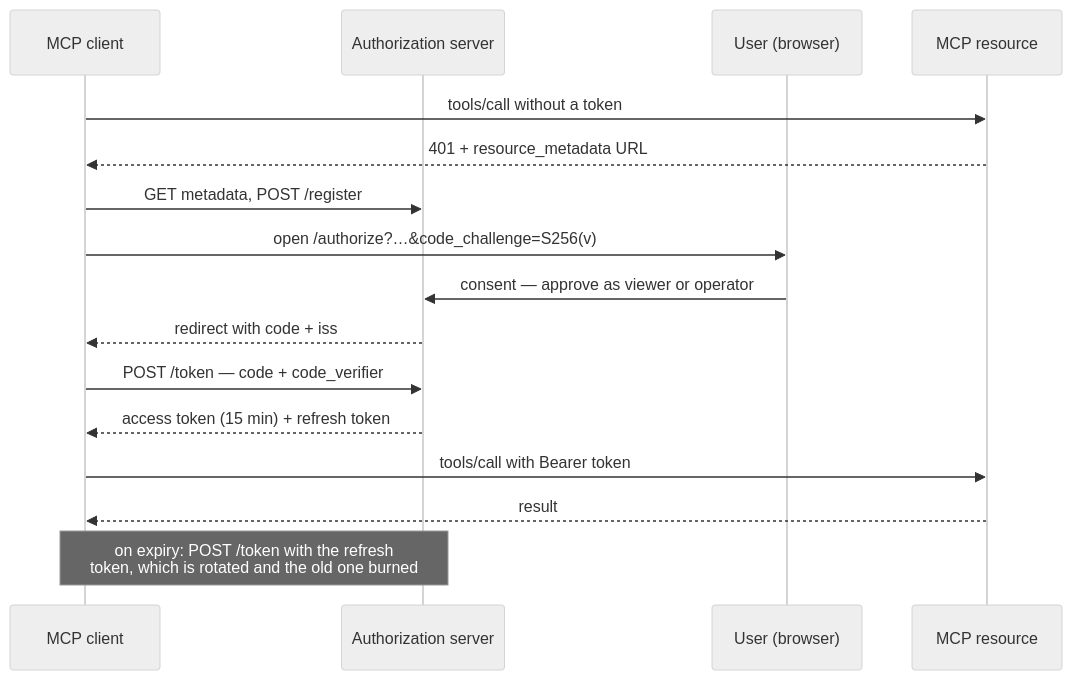
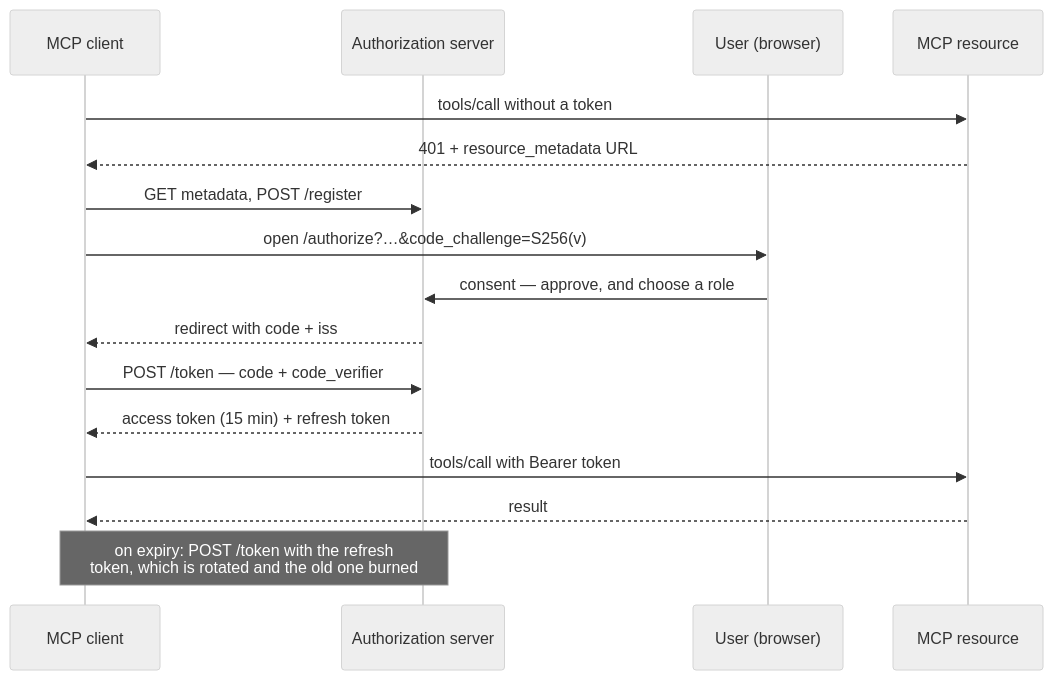
Before and after one commit to galshohat/fb-pse-assignment: the second of 2 diagrams in docs/MCP.md, drawn with Mermaid (neutral theme). The commit also changed other lines of this file and 5 other files, not shown here.

````diff
--- a/docs/MCP.md
+++ b/docs/MCP.md
@@ -219,19 +141,19 @@
 ```mermaid
 sequenceDiagram
     participant C as MCP client
     participant AS as Authorization server
     participant U as User (browser)
     participant RS as MCP resource
 
     C->>RS: tools/call without a token
     RS-->>C: 401 + resource_metadata URL
     C->>AS: GET metadata, POST /register
     C->>U: open /authorize?…&code_challenge=S256(v)
-    U->>AS: consent — approve as viewer or operator
+    U->>AS: consent — approve, and choose a role
     AS-->>C: redirect with code + iss
     C->>AS: POST /token — code + code_verifier
     AS-->>C: access token (15 min) + refresh token
     C->>RS: tools/call with Bearer token
     RS-->>C: result
     Note over C,AS: on expiry: POST /token with the refresh<br/>token, which is rotated and the old one burned
 ```
````
